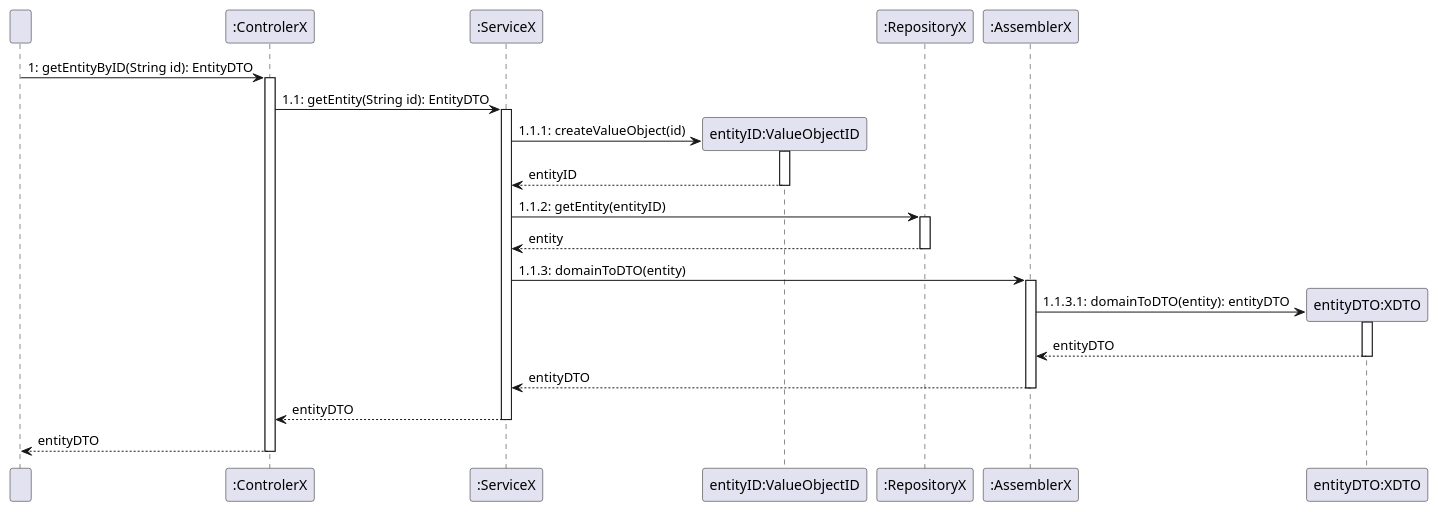
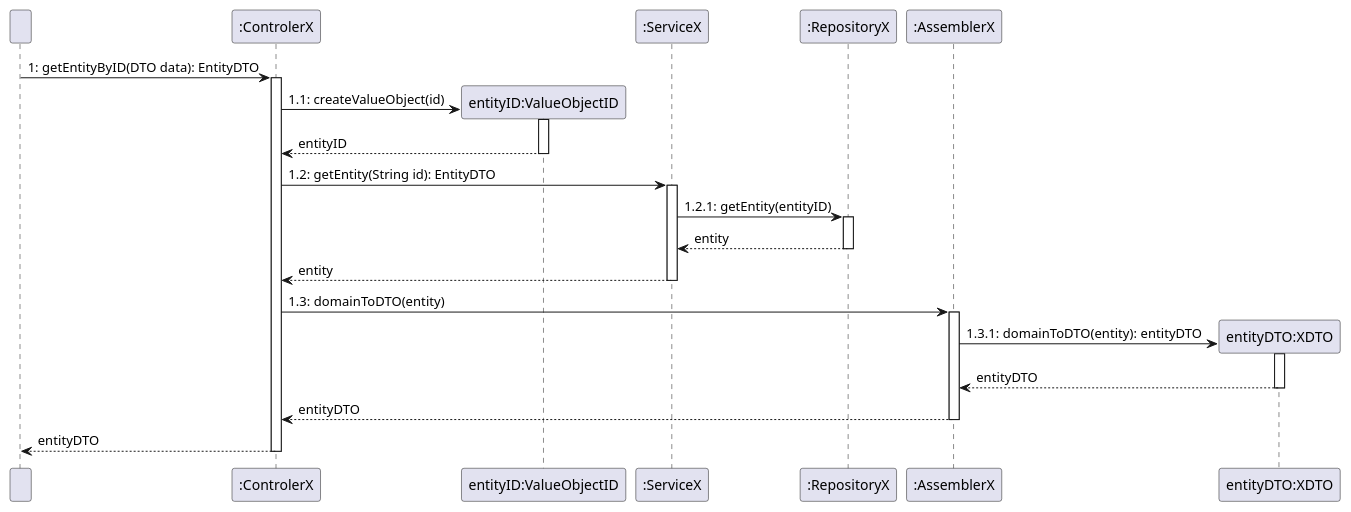
Before and after one commit to olivDiogo/SmartHome: the diagram in docs/general/exampleSequenceDiagrams/GetEntityByID.puml, drawn with PlantUML. The commit also changed 12 other files, not shown here.

Commit message:
#127 updated diagrams for US04 #59 updated example diagrams

```diff
--- a/docs/general/exampleSequenceDiagrams/GetEntityByID.puml
+++ b/docs/general/exampleSequenceDiagrams/GetEntityByID.puml
@@ -1,41 +1,44 @@
 @startuml
 participant "  " as User
 participant ":ControlerX" as Controller
+participant "entityID:ValueObjectID" as ValueObject
+
 participant ":ServiceX" as Service
-participant "entityID:ValueObjectID" as ValueObject
 participant ":RepositoryX" as Repository
 participant ":AssemblerX" as Assembler
 participant "entityDTO:XDTO" as DTO
 
 
-User -> Controller: 1: getEntityByID(String id): EntityDTO
+User -> Controller: 1: getEntityByID(DTO data): EntityDTO
 activate Controller
-Controller -> Service: 1.1: getEntity(String id): EntityDTO
-activate Service
+
 create ValueObject
 
-Service -> ValueObject: 1.1.1: createValueObject(id)
+Controller -> ValueObject: 1.1: createValueObject(id)
 activate ValueObject
-ValueObject --> Service: entityID
+ValueObject --> Controller: entityID
 deactivate ValueObject
-Service -> Repository: 1.1.2: getEntity(entityID)
+Controller -> Service: 1.2: getEntity(String id): EntityDTO
+activate Service
+Service -> Repository: 1.2.1: getEntity(entityID)
 activate Repository
 Repository --> Service: entity
 deactivate Repository
-Service -> Assembler: 1.1.3: domainToDTO(entity)
+Service --> Controller: entity
+deactivate Service
+
+Controller -> Assembler: 1.3: domainToDTO(entity)
 activate Assembler
 create DTO
 
-Assembler -> DTO: 1.1.3.1: domainToDTO(entity): entityDTO
+Assembler -> DTO: 1.3.1: domainToDTO(entity): entityDTO
 activate DTO
 DTO --> Assembler: entityDTO
 deactivate DTO
 
-Assembler --> Service: entityDTO
+Assembler --> Controller: entityDTO
 deactivate Assembler
-Service --> Controller: entityDTO
-deactivate Service
 Controller --> User: entityDTO
 deactivate Controller
 
 @enduml
```
